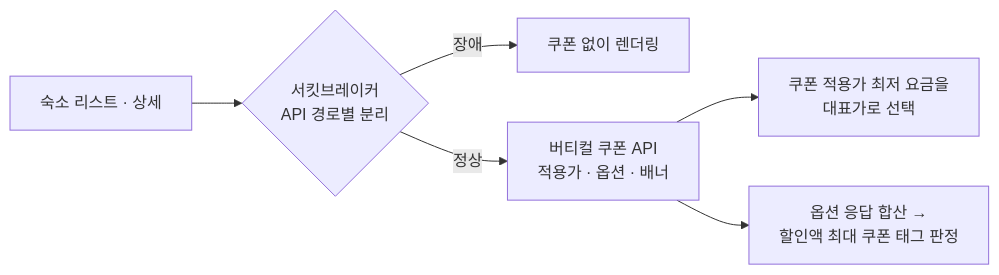
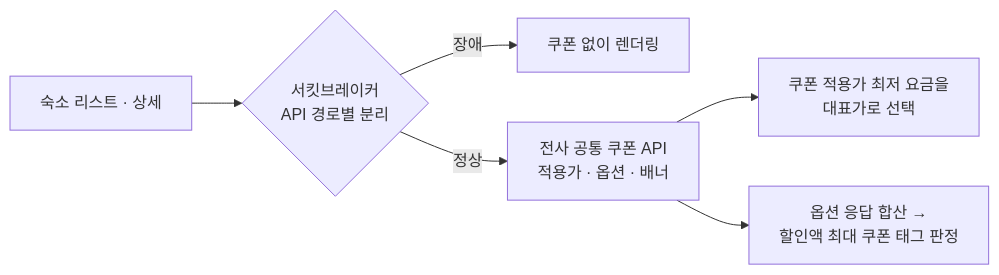
Before and after one commit to leeheefull/leeheefull.github.io: the diagram in portfolio/src/content/projects/mrt-coupon-benefit.md, drawn with Mermaid. The commit also changed other lines of this file and 4 other files, not shown here.

````diff
--- a/portfolio/src/content/projects/mrt-coupon-benefit.md
+++ b/portfolio/src/content/projects/mrt-coupon-benefit.md
@@ -10,8 +10,8 @@
 ```mermaid
 flowchart LR
     A["숙소 리스트 · 상세"] --> B{"서킷브레이커<br/>API 경로별 분리"}
     B -->|"장애"| C["쿠폰 없이 렌더링"]
-    B -->|"정상"| D["버티컬 쿠폰 API<br/>적용가 · 옵션 · 배너"]
+    B -->|"정상"| D["전사 공통 쿠폰 API<br/>적용가 · 옵션 · 배너"]
     D --> E["쿠폰 적용가 최저 요금을<br/>대표가로 선택"]
     D --> F["옵션 응답 합산 →<br/>할인액 최대 쿠폰 태그 판정"]
 ```
````
